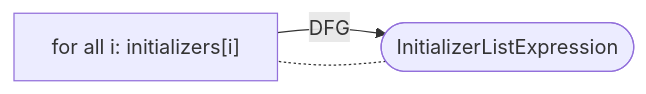
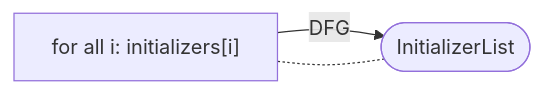
One commit to Fraunhofer-AISEC/cpg changed diagram 23 of 40 in docs/docs/CPG/specs/dfg.md. Above: the diagram before and after it, drawn with Mermaid. The commit also changed other lines of this file and 403 other files, not shown here.

````diff
--- a/docs/docs/CPG/specs/dfg.md
+++ b/docs/docs/CPG/specs/dfg.md
@@ -432,5 +432,5 @@
 ```mermaid
   flowchart LR
-    inits["for all i: initializers[i]"] -- DFG --> node([InitializerListExpression]);
+    inits["for all i: initializers[i]"] -- DFG --> node([InitializerList]);
     node -.- inits;
 ```
````
